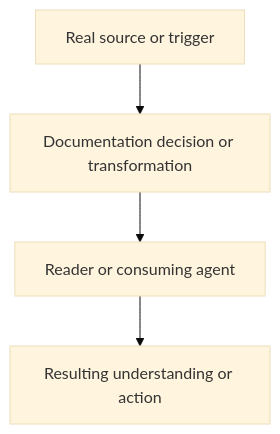
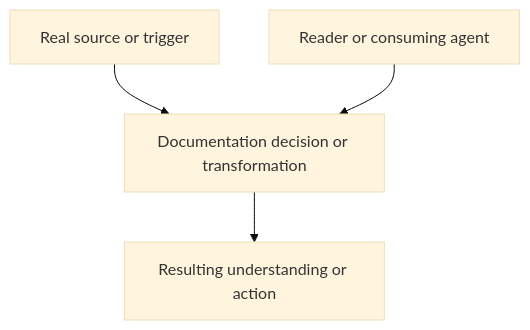
Before and after one commit to WD-Mitchell/which-model: the diagram in .github/PULL_REQUEST_TEMPLATE/documentation.md, drawn with Mermaid (base theme). The commit also changed other lines of this file and 4 other files, not shown here.

Commit message:
docs(templates): use both dimensions in Mermaid layouts

````diff
--- a/.github/PULL_REQUEST_TEMPLATE/documentation.md
+++ b/.github/PULL_REQUEST_TEMPLATE/documentation.md
@@ -10,10 +10,10 @@
 ```mermaid
 flowchart TD
   source[Real source or trigger]
+  reader[Reader or consuming agent]
   decision[Documentation decision or transformation]
-  reader[Reader or consuming agent]
   outcome[Resulting understanding or action]
   source --> decision
-  decision --> reader
-  reader --> outcome
+  reader --> decision
+  decision --> outcome
 ```
````
